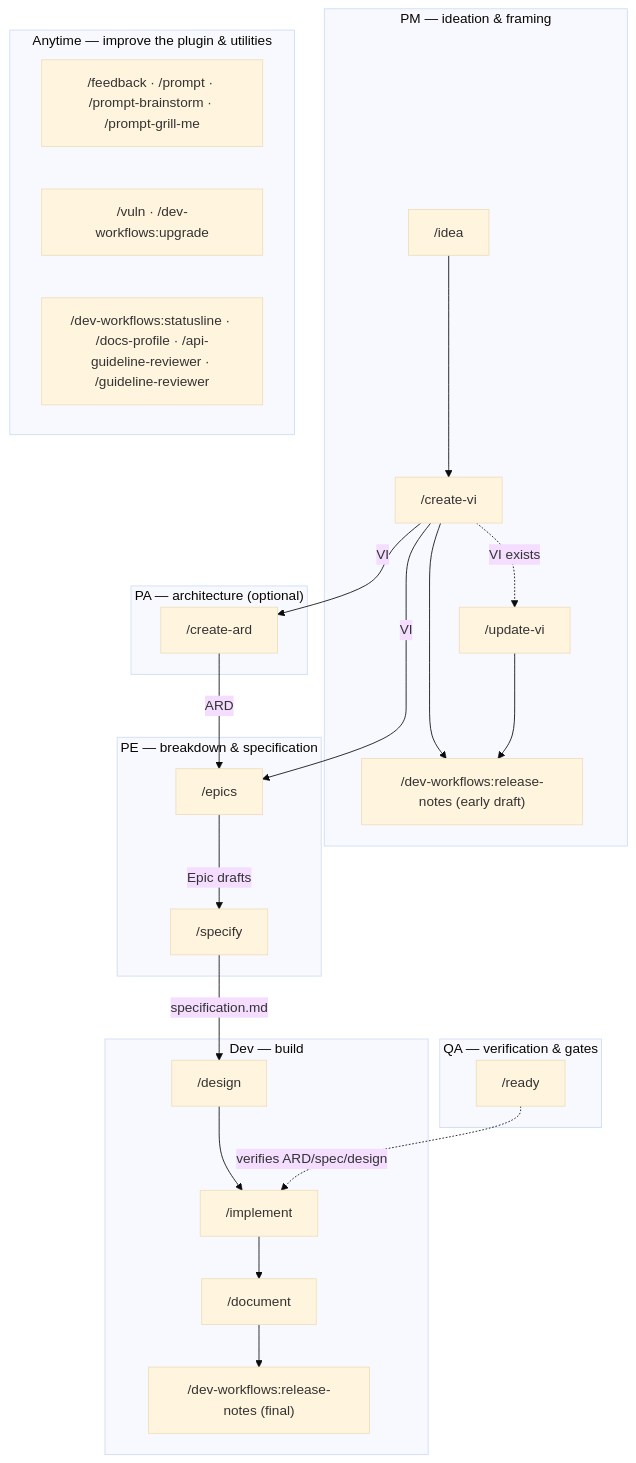
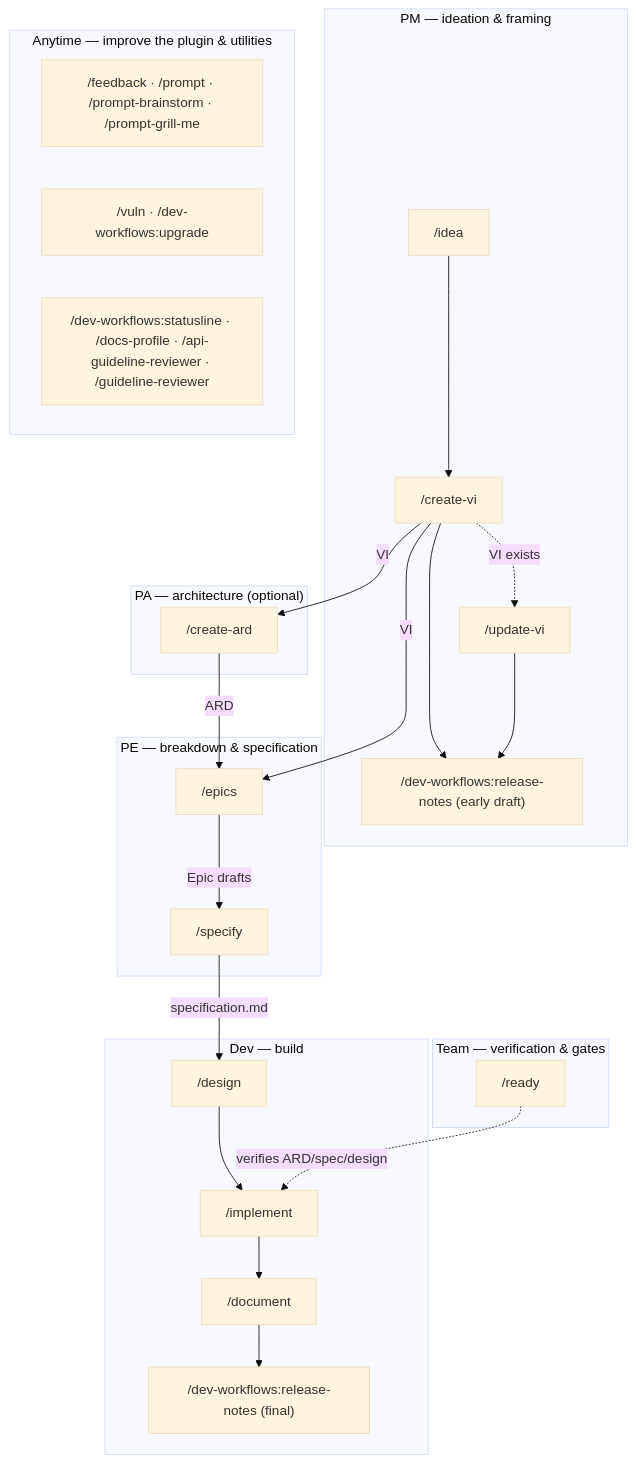
Before and after one commit to ihudak/ihudak-claude-plugins: the diagram in plugins/dev-workflows/docs/workflow.md, drawn with Mermaid (base theme). The commit also changed 1 other file, not shown here.

First paragraph of the commit message:
fix(docs): correct defect-report citations and the workflow diagram's Team label
Fix round 1 of 5 on Task 15, per review:

````diff
--- a/plugins/dev-workflows/docs/workflow.md
+++ b/plugins/dev-workflows/docs/workflow.md
@@ -5,36 +5,36 @@
 ```mermaid
 flowchart TD
     subgraph PM["PM — ideation & framing"]
         idea["/idea"] --> createvi["/create-vi"]
         createvi --> rnpm["/dev-workflows:release-notes (early draft)"]
         createvi -.->|VI exists| updatevi["/update-vi"]
         updatevi --> rnpm
     end
     subgraph PA["PA — architecture (optional)"]
         createard["/create-ard"]
     end
     subgraph PE["PE — breakdown & specification"]
         epics["/epics"]
         specify["/specify"]
     end
     subgraph DEV["Dev — build"]
         design["/design"] --> implement["/implement"]
         implement --> document["/document"]
         document --> rndev["/dev-workflows:release-notes (final)"]
     end
-    subgraph QA["QA — verification & gates"]
+    subgraph QA["Team — verification & gates"]
         ready["/ready"]
     end
     subgraph ANY["Anytime — improve the plugin & utilities"]
         improve["/feedback · /prompt · /prompt-brainstorm · /prompt-grill-me"]
         maint["/vuln · /dev-workflows:upgrade"]
         tooling["/dev-workflows:statusline · /docs-profile · /api-guideline-reviewer · /guideline-reviewer"]
     end
 
     createvi -->|VI| createard
     createvi -->|VI| epics
     createard -->|ARD| epics
     epics -->|Epic drafts| specify
     specify -->|specification.md| design
     ready -. verifies ARD/spec/design .-> implement
 ```
````
